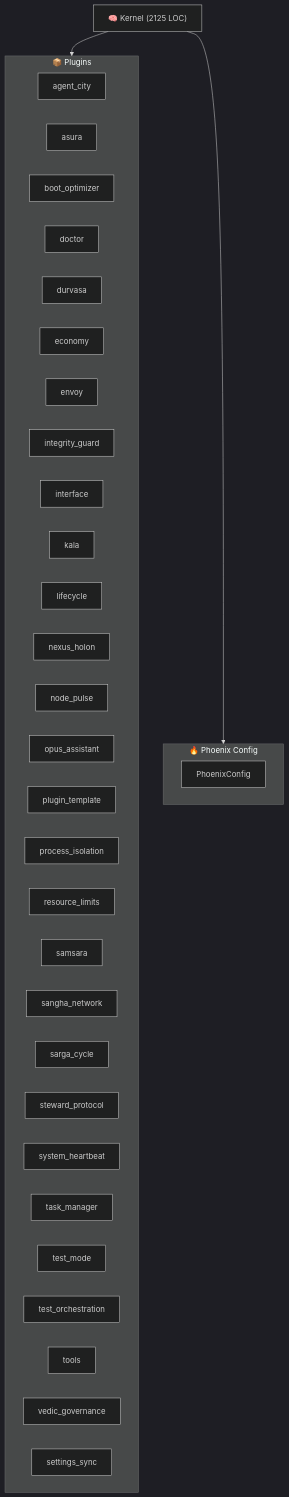
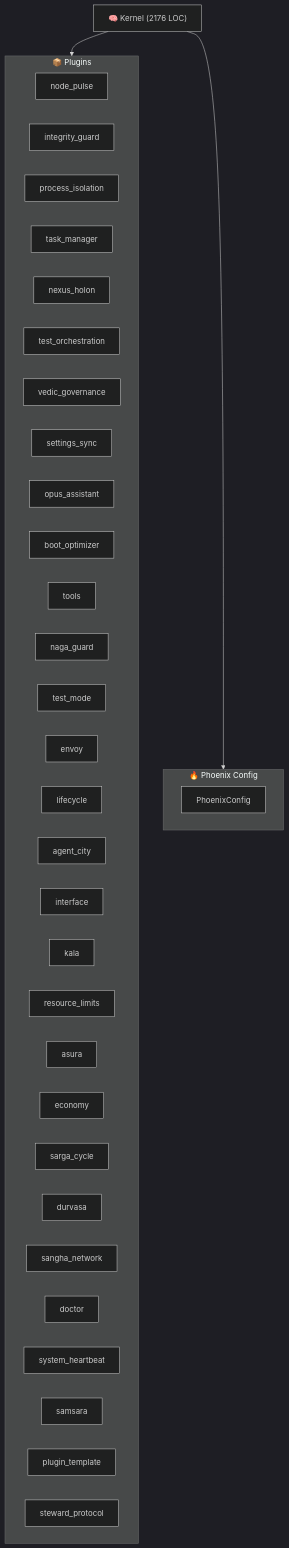
Before and after one commit to kimeisele/steward-protocol: the diagram in ARCHITECTURE.md, drawn with Mermaid (dark theme). The commit also changed other lines of this file and 10 other files, not shown here.

````diff
--- a/ARCHITECTURE.md
+++ b/ARCHITECTURE.md
@@ -8,39 +8,40 @@
 ```mermaid
 graph TB
-    K["🧠 Kernel (2125 LOC)"]
+    K["🧠 Kernel (2176 LOC)"]
     subgraph Plugins["📦 Plugins"]
+        P_node_pulse["node_pulse"]
+        P_integrity_guard["integrity_guard"]
+        P_process_isolation["process_isolation"]
+        P_task_manager["task_manager"]
+        P_nexus_holon["nexus_holon"]
+        P_test_orchestration["test_orchestration"]
+        P_vedic_governance["vedic_governance"]
+        P_settings_sync["settings_sync"]
+        P_opus_assistant["opus_assistant"]
+        P_boot_optimizer["boot_optimizer"]
+        P_tools["tools"]
+        P_naga_guard["naga_guard"]
+        P_test_mode["test_mode"]
+        P_envoy["envoy"]
+        P_lifecycle["lifecycle"]
         P_agent_city["agent_city"]
-        P_asura["asura"]
-        P_boot_optimizer["boot_optimizer"]
-        P_doctor["doctor"]
-        P_durvasa["durvasa"]
-        P_economy["economy"]
-        P_envoy["envoy"]
-        P_integrity_guard["integrity_guard"]
         P_interface["interface"]
         P_kala["kala"]
-        P_lifecycle["lifecycle"]
-        P_nexus_holon["nexus_holon"]
-        P_node_pulse["node_pulse"]
-        P_opus_assistant["opus_assistant"]
+        P_resource_limits["resource_limits"]
+        P_asura["asura"]
+        P_economy["economy"]
+        P_sarga_cycle["sarga_cycle"]
+        P_durvasa["durvasa"]
+        P_sangha_network["sangha_network"]
+        P_doctor["doctor"]
+        P_system_heartbeat["system_heartbeat"]
+        P_samsara["samsara"]
         P_plugin_template["plugin_template"]
-        P_process_isolation["process_isolation"]
-        P_resource_limits["resource_limits"]
-        P_samsara["samsara"]
-        P_sangha_network["sangha_network"]
-        P_sarga_cycle["sarga_cycle"]
         P_steward_protocol["steward_protocol"]
-        P_system_heartbeat["system_heartbeat"]
-        P_task_manager["task_manager"]
-        P_test_mode["test_mode"]
-        P_test_orchestration["test_orchestration"]
-        P_tools["tools"]
-        P_vedic_governance["vedic_governance"]
-        P_settings_sync["settings_sync"]
     end
     K --> Plugins
     subgraph Config["🔥 Phoenix Config"]
         PC[PhoenixConfig]
     end
     K --> Config
 ```
````
